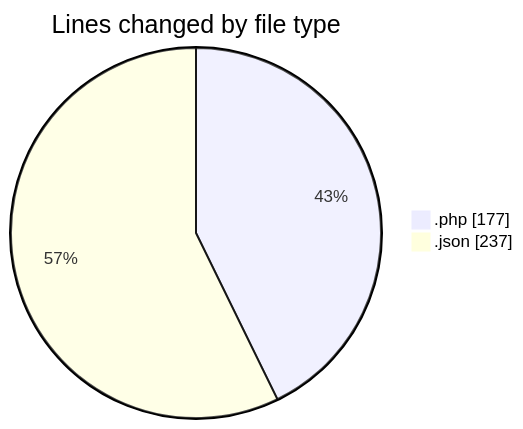
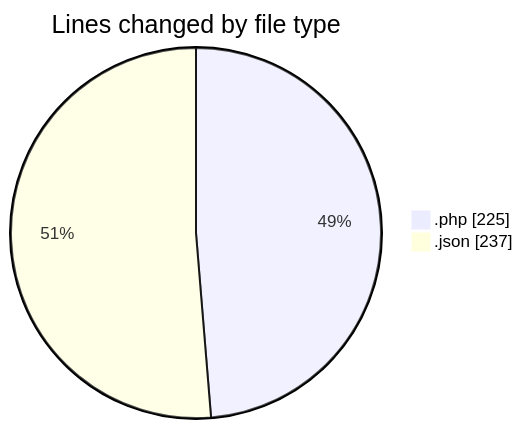
One commit to idhammustaqopulfikri/code-tracking changed the first of 2 diagrams in 2025-06-02/studio-backend/README.md. Above: the diagram before and after it, drawn with Mermaid. The commit also changed other lines of this file and 1 other file, not shown here.

````diff
--- a/2025-06-02/studio-backend/README.md
+++ b/2025-06-02/studio-backend/README.md
@@ -23,6 +25,6 @@
 ```mermaid
 pie showData
 title Lines changed by file type
-".php" : 177
+".php" : 225
 ".json" : 237
 ```
````
